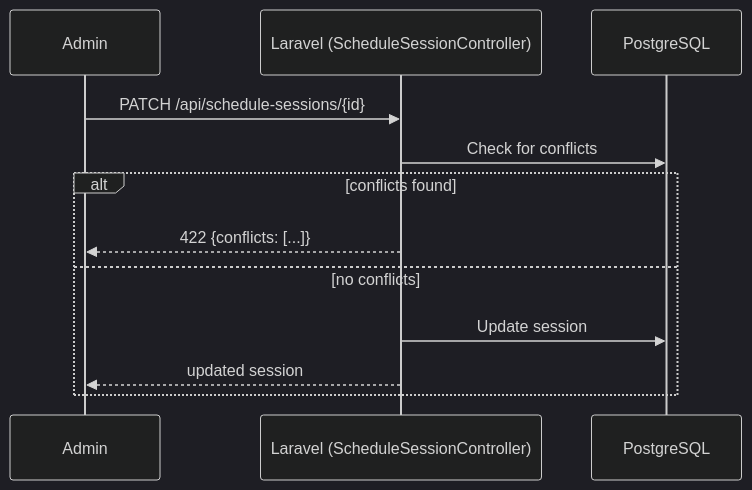
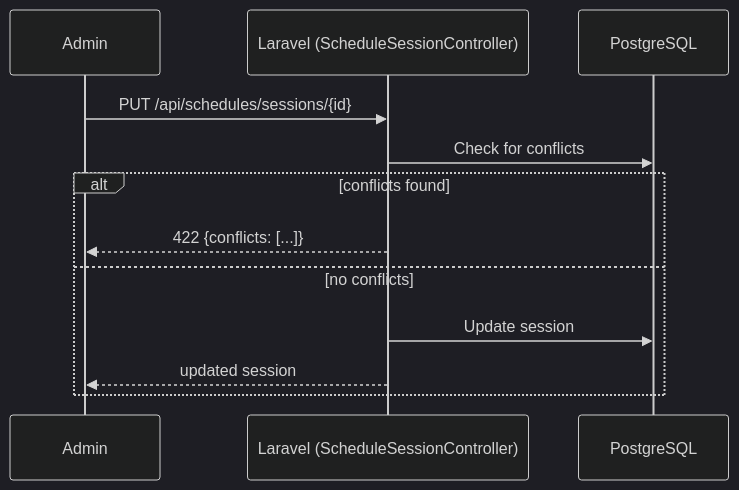
One commit to KiroOoo-arch/IT-faculty-scheduling-system changed the third of 4 diagrams in documentation/System_Defense_Guide.md. Above: the diagram before and after it, drawn with Mermaid (dark theme). The commit also changed other lines of this file and 11 other files, not shown here.

````diff
--- a/documentation/System_Defense_Guide.md
+++ b/documentation/System_Defense_Guide.md
@@ -147,15 +147,15 @@
 ```mermaid
 sequenceDiagram
     participant U as Admin
     participant L as Laravel (ScheduleSessionController)
     participant DB as PostgreSQL
 
-    U->>L: PATCH /api/schedule-sessions/{id}
+    U->>L: PUT /api/schedules/sessions/{id}
     L->>DB: Check for conflicts
     alt conflicts found
         L-->>U: 422 {conflicts: [...]}
     else no conflicts
         L->>DB: Update session
         L-->>U: updated session
     end
 ```
````
